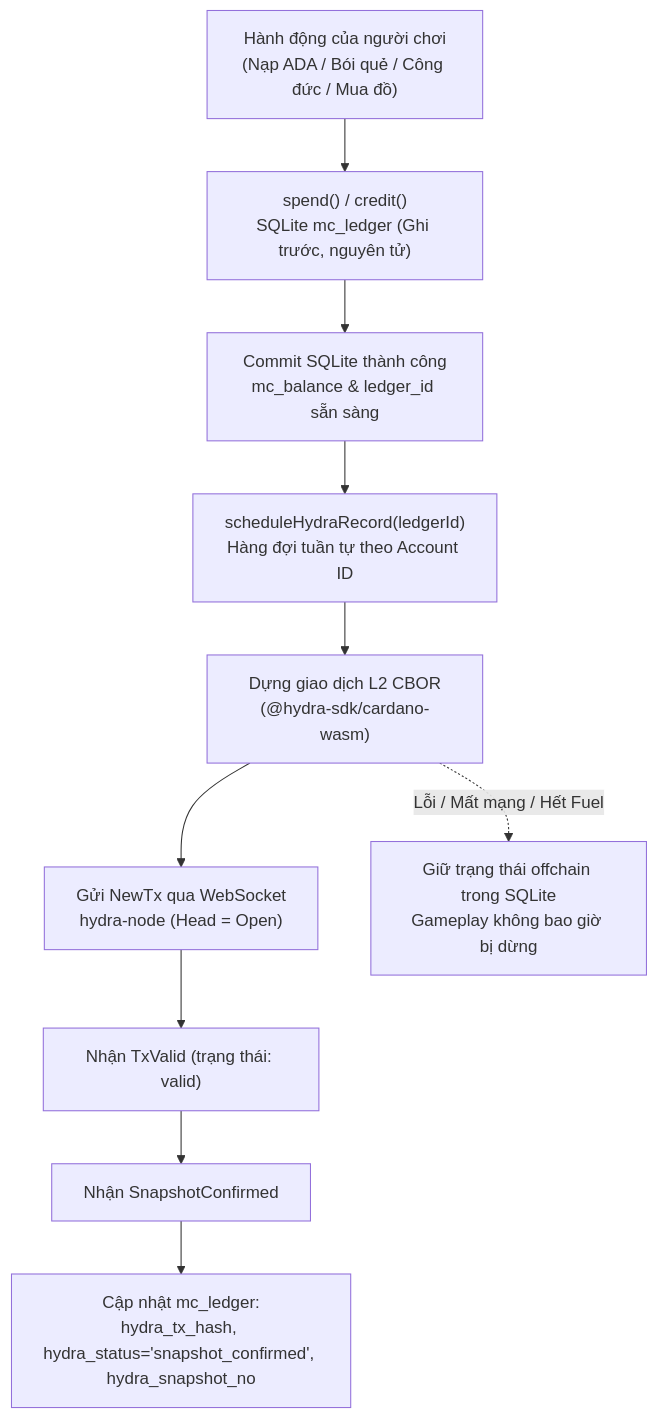
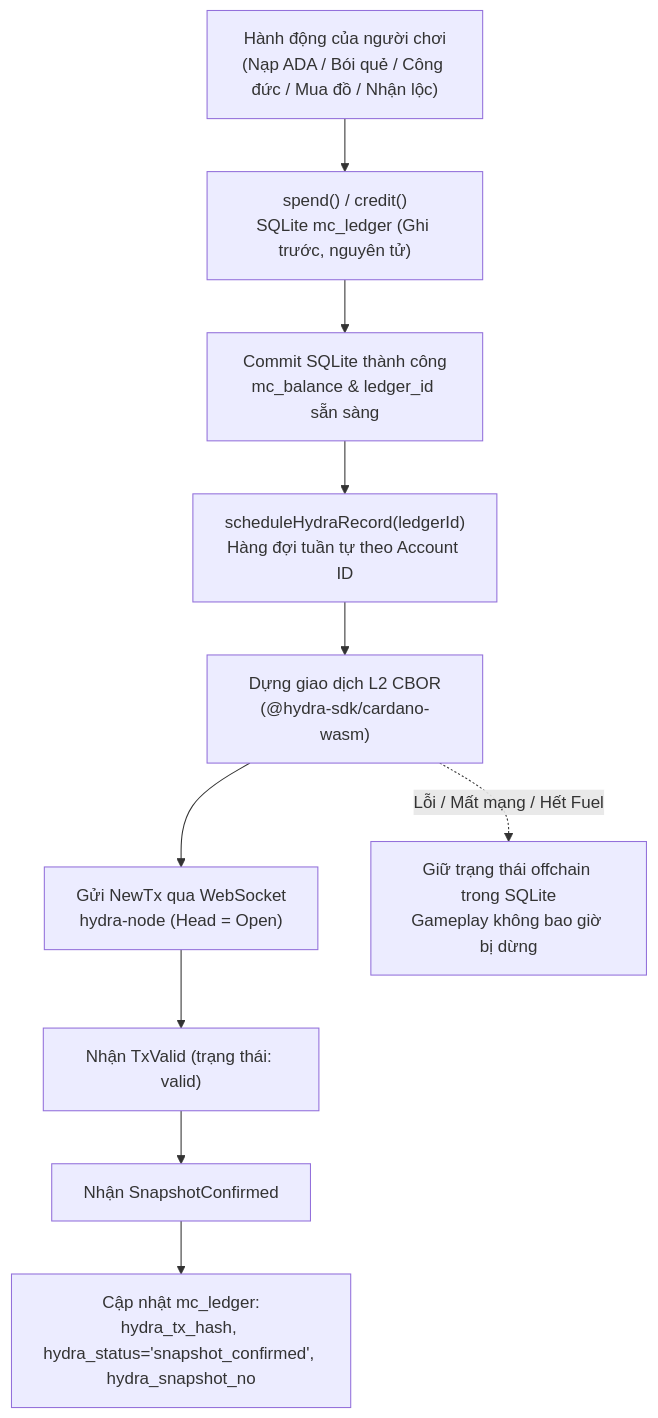
The fourth of 4 diagrams in docs/co_che_hoat_dong/CO_CHE_MC_VA_HYDRA_L2.md (Thanhdtt711/hydra-pagoda), drawn with Mermaid before and after one commit. The commit also changed other lines of this file and 65 other files, not shown here.

````diff
--- a/docs/co_che_hoat_dong/CO_CHE_MC_VA_HYDRA_L2.md
+++ b/docs/co_che_hoat_dong/CO_CHE_MC_VA_HYDRA_L2.md
@@ -138,12 +232,12 @@
 ```mermaid
 flowchart TD
-    UserAction["Hành động của người chơi<br/>(Nạp ADA / Bói quẻ / Công đức / Mua đồ)"] --> AtomicDB["spend() / credit()<br/>SQLite mc_ledger (Ghi trước, nguyên tử)"]
+    UserAction["Hành động của người chơi<br/>(Nạp ADA / Bói quẻ / Công đức / Mua đồ / Nhận lộc)"] --> AtomicDB["spend() / credit()<br/>SQLite mc_ledger (Ghi trước, nguyên tử)"]
     AtomicDB --> SuccessDB["Commit SQLite thành công<br/>mc_balance & ledger_id sẵn sàng"]
     SuccessDB --> Queue["scheduleHydraRecord(ledgerId)<br/>Hàng đợi tuần tự theo Account ID"]
     Queue --> BuildTx["Dựng giao dịch L2 CBOR<br/>(@hydra-sdk/cardano-wasm)"]
     BuildTx --> WebSocketNode["Gửi NewTx qua WebSocket<br/>hydra-node (Head = Open)"]
     WebSocketNode --> TxValid["Nhận TxValid (trạng thái: valid)"]
     TxValid --> Snapshot["Nhận SnapshotConfirmed"]
     Snapshot --> UpdateDB["Cập nhật mc_ledger:<br/>hydra_tx_hash, hydra_status='snapshot_confirmed', hydra_snapshot_no"]
     BuildTx -.->|"Lỗi / Mất mạng / Hết Fuel"| Fallback["Giữ trạng thái offchain trong SQLite<br/>Gameplay không bao giờ bị dừng"]
 ```
````
